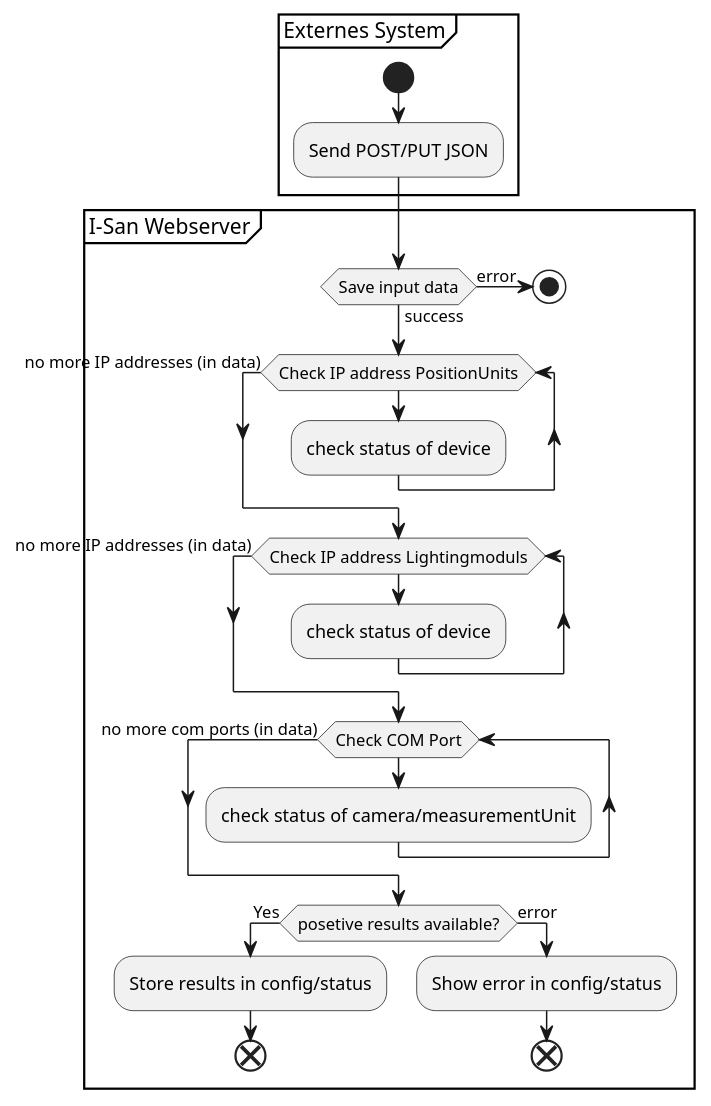
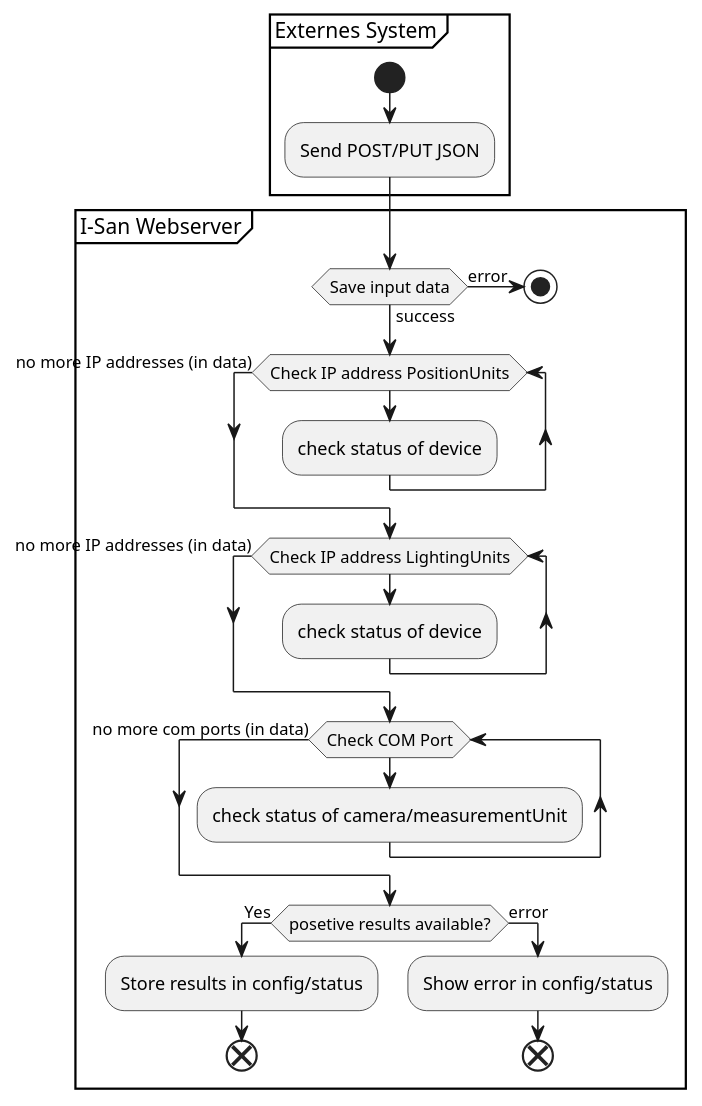
Before and after one commit to Nr44suessauer/I-Scan: the first of 4 diagrams in docs/diagram/FlowDiagrams_API_Webserver.puml, drawn with PlantUML. The commit also changed 2 other files, not shown here.

Commit message:
diagram changes

```diff
--- a/docs/diagram/FlowDiagrams_API_Webserver.puml
+++ b/docs/diagram/FlowDiagrams_API_Webserver.puml
@@ -1,36 +1,34 @@
 @startuml device Config
 
 partition "Externes System" {
     start
     :Send POST/PUT JSON;
 }
-
 
 partition "I-San Webserver" {
 if (Save input data) then (error)
     stop
 else (success)
 endif
 while (Check IP address PositionUnits)
     :check status of device;
 endwhile (no more IP addresses (in data))
 
-while (Check IP address Lightingmoduls)
+while (Check IP address LightingUnits)
     :check status of device;
 endwhile (no more IP addresses (in data))
 
 while (Check COM Port)
     :check status of camera/measurementUnit;
 
 
 endwhile (no more com ports (in data))
 if (posetive results available?) then (Yes)
     :Store results in config/status;
     end
 
 else (error)
     :Show error in config/status;
 end
 
-
 @enduml
```
